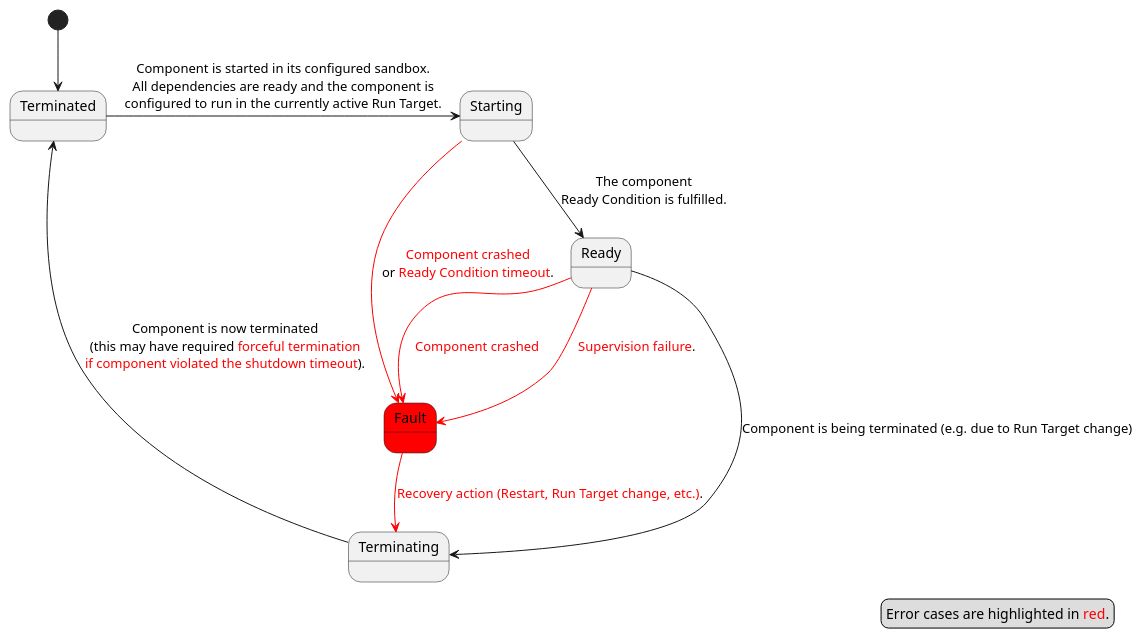
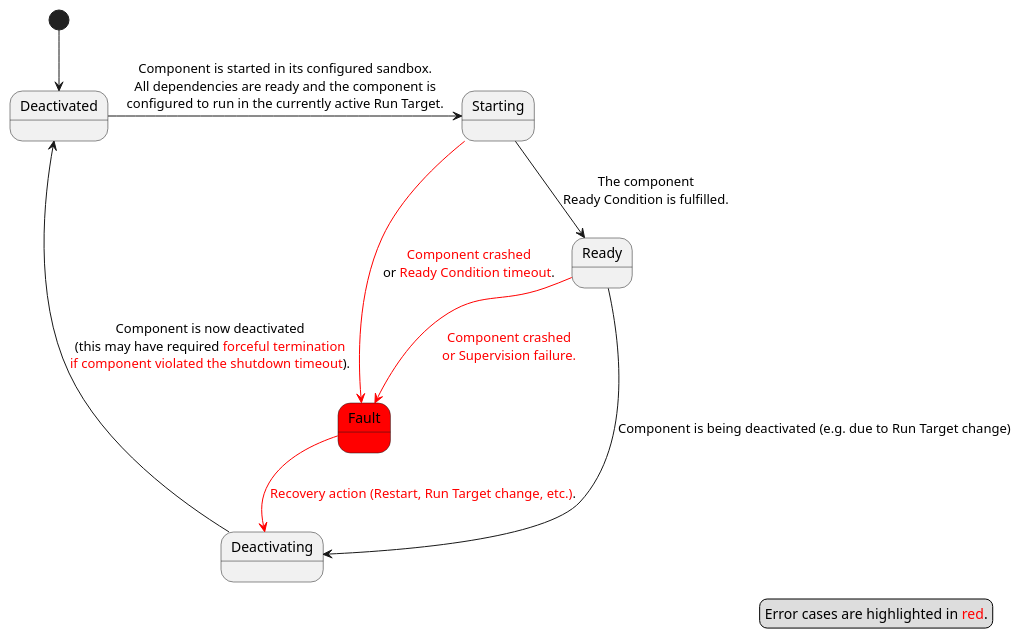
Before and after one commit to eclipse-score/lifecycle: the diagram in docs/features/lifecycle/architecture/_assets/lifecycle_component_state_machine.puml, drawn with PlantUML. The commit also changed 1 other file, not shown here.

```diff
--- a/docs/features/lifecycle/architecture/_assets/lifecycle_component_state_machine.puml
+++ b/docs/features/lifecycle/architecture/_assets/lifecycle_component_state_machine.puml
@@ -14,20 +14,18 @@
 @startuml Component State Machine
 
-[*] -d-> Terminated
-Terminated -> Starting : Component is started in its configured sandbox.\nAll dependencies are ready and the component is\nconfigured to run in the currently active Run Target.
+[*] -d-> Deactivated
+Deactivated -> Starting : Component is started in its configured sandbox.\nAll dependencies are ready and the component is\nconfigured to run in the currently active Run Target.
 Starting --> Ready : The component\nReady Condition is fulfilled.
-Ready --> Terminating : Component is being terminated (e.g. due to Run Target change)
-Terminating --> Terminated : Component is now terminated\n(this may have required <color:red>forceful termination</color>\n<color:red>if component violated the shutdown timeout</color>).
+Ready --> Deactivating : Component is being deactivated (e.g. due to Run Target change)
+Deactivating --> Deactivated : Component is now deactivated\n(this may have required <color:red>forceful termination</color>\n<color:red>if component violated the shutdown timeout</color>).
 
 state Fault #red
-Ready -[#red]-> Fault : <color:red>Supervision failure</color>.
 Starting -[#red]-> Fault : <color:red>Component crashed</color>\nor <color:red>Ready Condition timeout</color>.
-Ready -[#red]-> Fault : <color:red>Component crashed</color>
-
-Fault -[#red]-> Terminating : <color:red>Recovery action (Restart, Run Target change, etc.)</color>.
+Ready -[#red]-> Fault : <color:red>Component crashed</color>\n<color:red>or Supervision failure.</color>
+Fault -[#red]-> Deactivating : <color:red>Recovery action (Restart, Run Target change, etc.)</color>.
 
 legend right
 	Error cases are highlighted in <color:red>red</color>.
 endlegend
 
 @enduml
```
